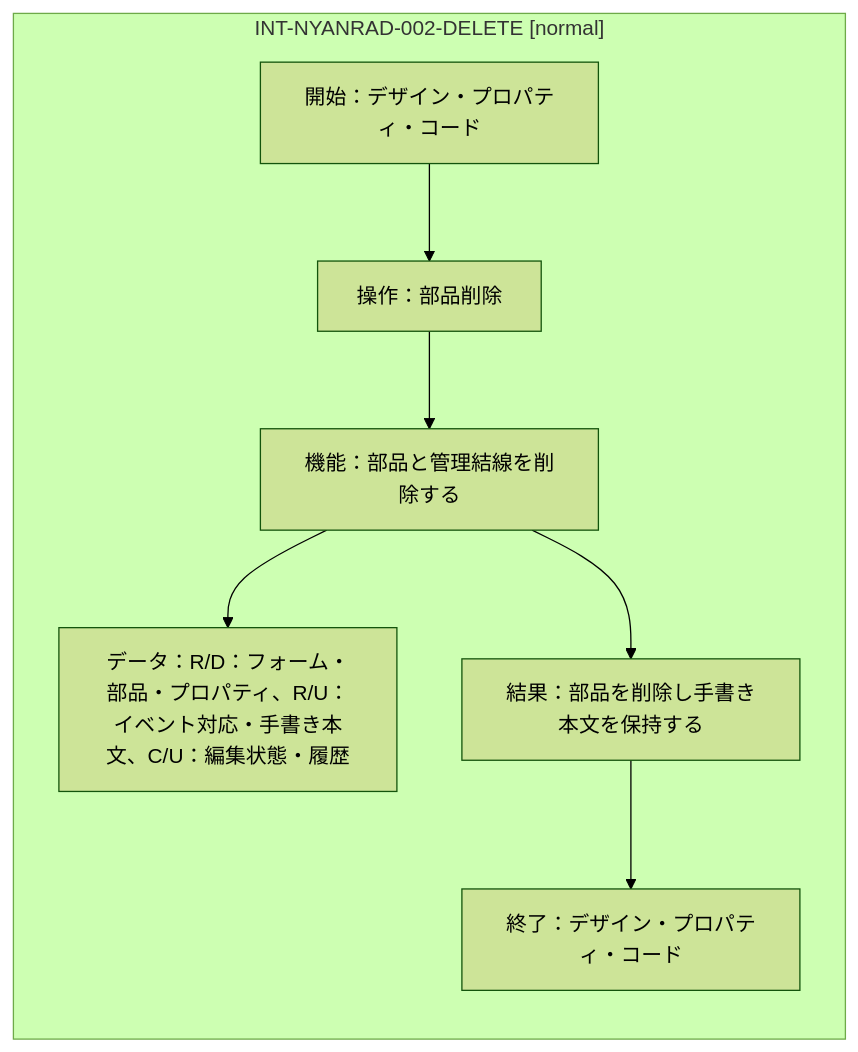
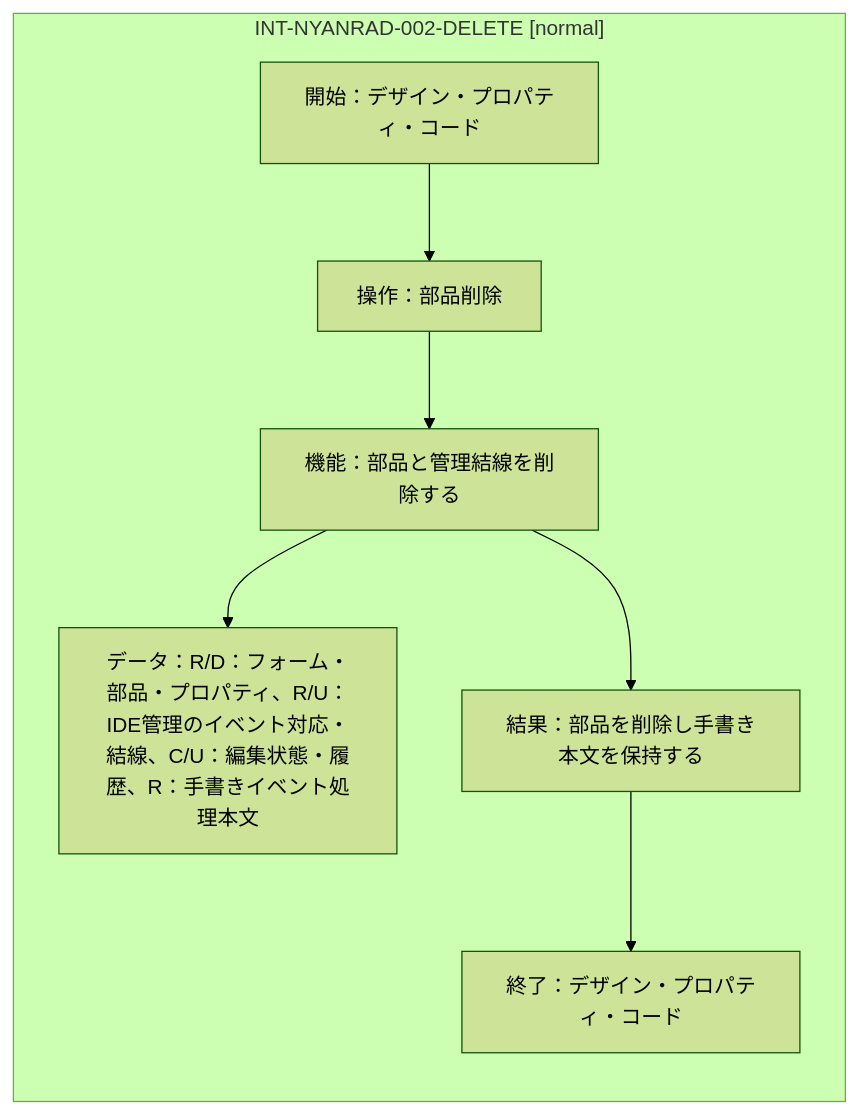
One commit to kosaru/NyanRAD changed the diagram in planning/ifdam/IFDAM-NYANRAD-002/diagrams/03.mmd. Above: the diagram before and after it, drawn with Mermaid (forest theme). The commit also changed 37 other files, not shown here.

```diff
--- a/planning/ifdam/IFDAM-NYANRAD-002/diagrams/03.mmd
+++ b/planning/ifdam/IFDAM-NYANRAD-002/diagrams/03.mmd
@@ -1,6 +1,6 @@
 flowchart LR
   subgraph I["INT-NYANRAD-002-DELETE [normal]"]
     U["開始：デザイン・プロパティ・コード"] --> E["操作：部品削除"] --> F["機能：部品と管理結線を削除する"]
-    F --> D["データ：R/D：フォーム・部品・プロパティ、R/U：イベント対応・手書き本文、C/U：編集状態・履歴"]
+    F --> D["データ：R/D：フォーム・部品・プロパティ、R/U：IDE管理のイベント対応・結線、C/U：編集状態・履歴、R：手書きイベント処理本文"]
     F --> R["結果：部品を削除し手書き本文を保持する"] --> T["終了：デザイン・プロパティ・コード"]
   end
```
